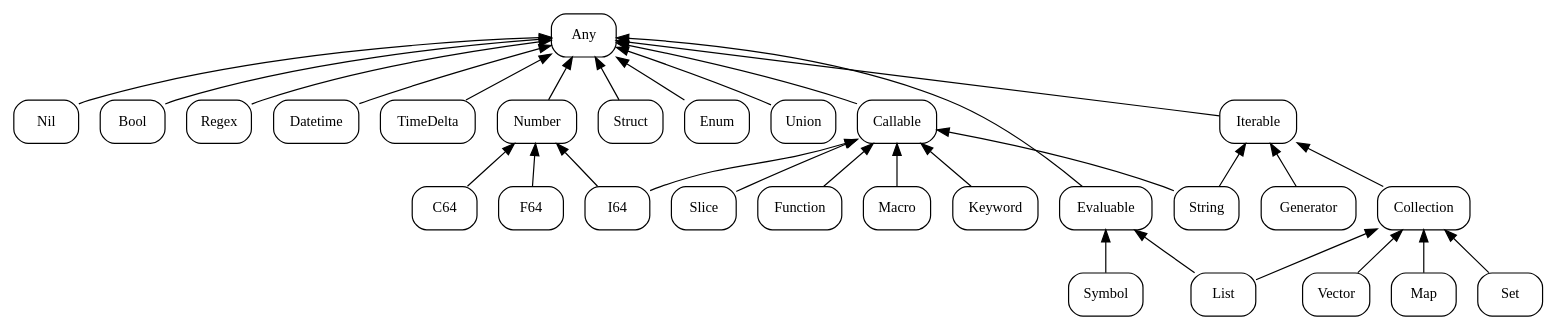
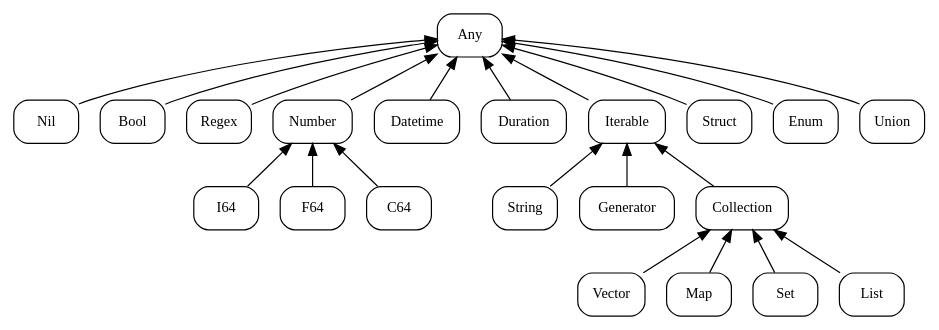
The diagram in design/type_system.dot (chaploud/Sci-Lisp-Sandbox), drawn with Graphviz before and after one commit. The commit also changed 7 other files, not shown here.

Commit message:
Update type system and remove Evaluable trait

```diff
--- a/design/type_system.dot
+++ b/design/type_system.dot
@@ -1,42 +1,30 @@
-// $ dot -Tpng -o sci_lisp_type_system.png sci_lisp_type_system.dot
+// $ dot -Tpng -o ype_system.png type_system.dot
 digraph sci_lisp_type_system {
   graph [layout = dot; rankdir = BT;];
   
   node [fontsize = 12; shape = box; style = "rounded";];
   
   Nil -> Any;
   Bool -> Any;
   Regex -> Any;
+  Number -> Any;
   Datetime -> Any;
-  TimeDelta -> Any;
-  Number -> Any;
+  Duration -> Any;
+  Iterable -> Any;
   Struct -> Any;
   Enum -> Any;
   Union -> Any;
   
   I64 -> Number;
   F64 -> Number;
   C64 -> Number;
-  I64 -> Callable;
-  Callable -> Any;
   
-  Keyword -> Callable;
-  Slice -> Callable;
-  Function -> Callable;
-  Macro -> Callable;
-  String -> Callable;
-  
-  List -> Evaluable;
-  Symbol -> Evaluable;
-  Evaluable -> Any;
-  
+  String -> Iterable;
+  Generator -> Iterable;
   Collection -> Iterable;
-  Generator -> Iterable;
-  String -> Iterable;
-  Iterable -> Any;
   
   Vector -> Collection;
   Map -> Collection;
   Set -> Collection;
   List -> Collection;
 }
```
